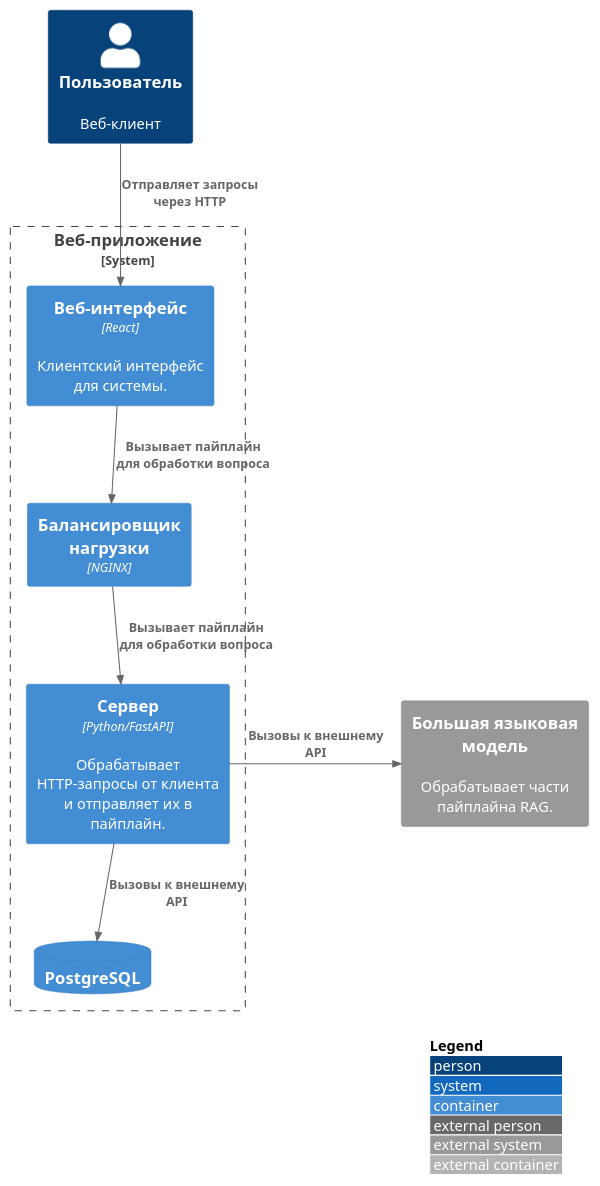
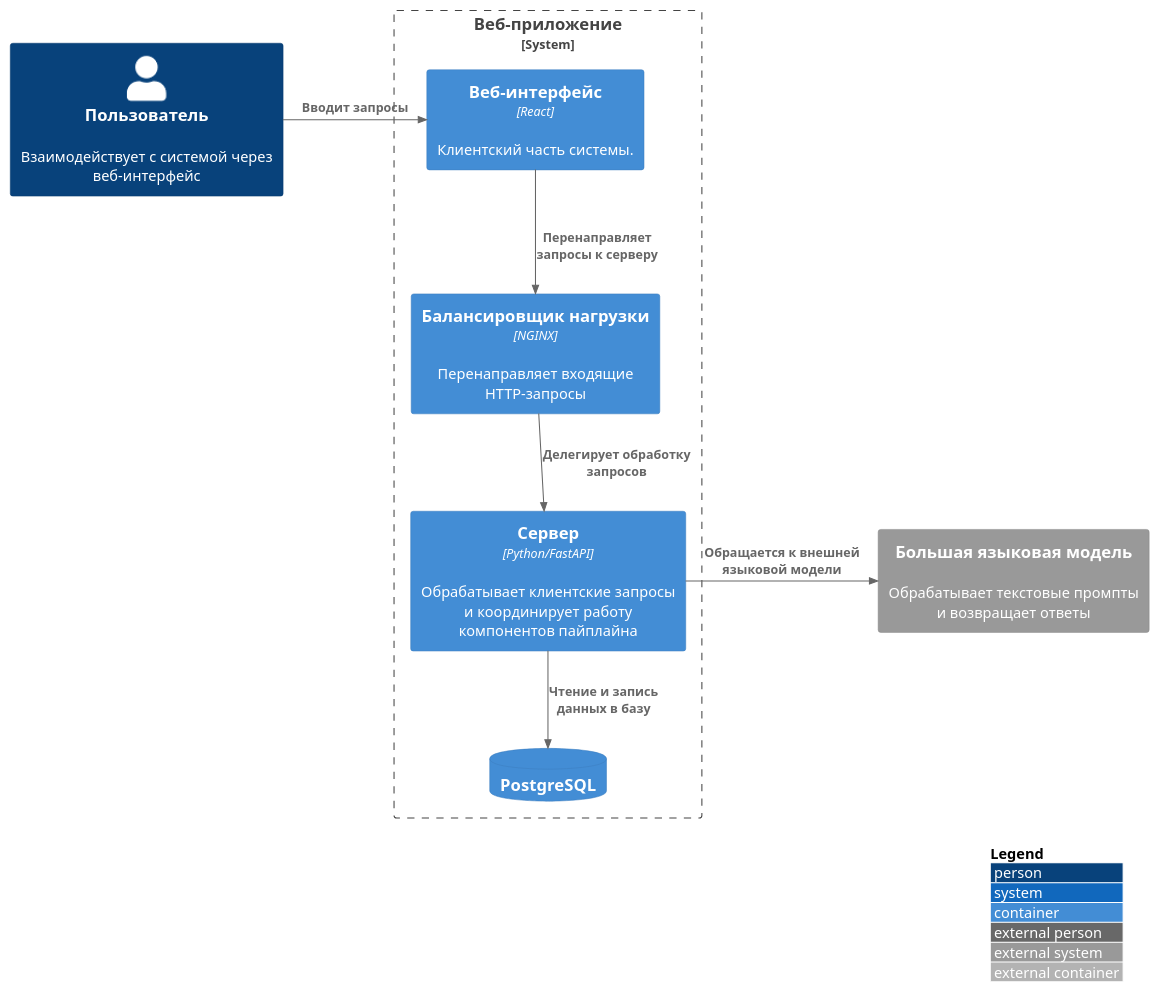
Before and after one commit to Syrenny/educ: the diagram in diagrams/c2.puml, drawn with PlantUML. The commit also changed 3 other files, not shown here.

Commit message:
Update c4-diagrams

```diff
--- a/diagrams/c2.puml
+++ b/diagrams/c2.puml
@@ -1,24 +1,24 @@
 @startuml
 !includeurl https://raw.githubusercontent.com/plantuml-stdlib/C4-PlantUML/master/C4_Container.puml
 
-skinparam wrapWidth 180
+skinparam wrapWidth 250
 LAYOUT_WITH_LEGEND()
 LAYOUT_TOP_DOWN()
 
-Person(client, "Пользователь", "Веб-клиент")
+Person(client, "Пользователь", "Взаимодействует с системой через веб-интерфейс")
 
 System_Boundary(rag_sys, "Веб-приложение") {
-    Container(web, "Веб-интерфейс", "React", "Клиентский интерфейс для системы.")
-    Container(balancer, "Балансировщик нагрузки", "NGINX")
-    Container(server, "Сервер", "Python/FastAPI", "Обрабатывает HTTP-запросы от клиента и отправляет их в пайплайн.")
+    Container(web, "Веб-интерфейс", "React", "Клиентский часть системы.")
+    Container(balancer, "Балансировщик нагрузки", "NGINX", "Перенаправляет входящие HTTP-запросы")
+    Container(server, "Сервер", "Python/FastAPI", "Обрабатывает клиентские запросы и координирует работу компонентов пайплайна")
     ContainerDb(db, "PostgreSQL")
 }
-System_Ext(llm_api, "Большая языковая модель", "Обрабатывает части пайплайна RAG.")
+System_Ext(llm_api, "Большая языковая модель", "Обрабатывает текстовые промпты и возвращает ответы")
 
-Rel(client, web, "Отправляет запросы через HTTP")
-Rel(web, balancer, "Вызывает пайплайн для обработки вопроса")
-Rel(balancer, server, "Вызывает пайплайн для обработки вопроса")
-Rel_R(server, llm_api, "Вызовы к внешнему API")
-Rel_D(server, db, "Вызовы к внешнему API")
+Rel_R(client, web, "Вводит запросы")
+Rel(web, balancer, "Перенаправляет запросы к серверу")
+Rel(balancer, server, "Делегирует обработку запросов")
+Rel_R(server, llm_api, "Обращается к внешней языковой модели")
+Rel_D(server, db, "Чтение и запись данных в базу")
 
 @enduml
```
